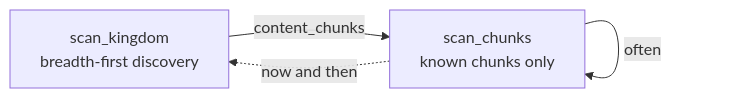
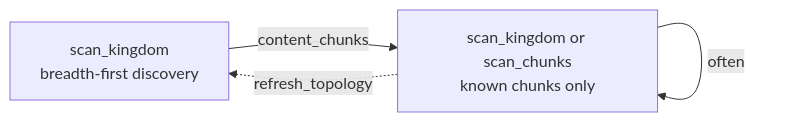
Before and after one commit to eschnitzler/EmpireCore: the diagram in docs/guides/map-scanning.md, drawn with Mermaid. The commit also changed other lines of this file and 4 other files, not shown here.

````diff
--- a/docs/guides/map-scanning.md
+++ b/docs/guides/map-scanning.md
@@ -59,6 +86,6 @@
 ```mermaid
 flowchart LR
-    A[scan_kingdom<br/>breadth-first discovery] -->|content_chunks| B[scan_chunks<br/>known chunks only]
+    A[scan_kingdom<br/>breadth-first discovery] -->|content_chunks| B[scan_kingdom or scan_chunks<br/>known chunks only]
     B -->|often| B
-    B -.->|now and then| A
+    B -.->|refresh_topology| A
 ```
````
